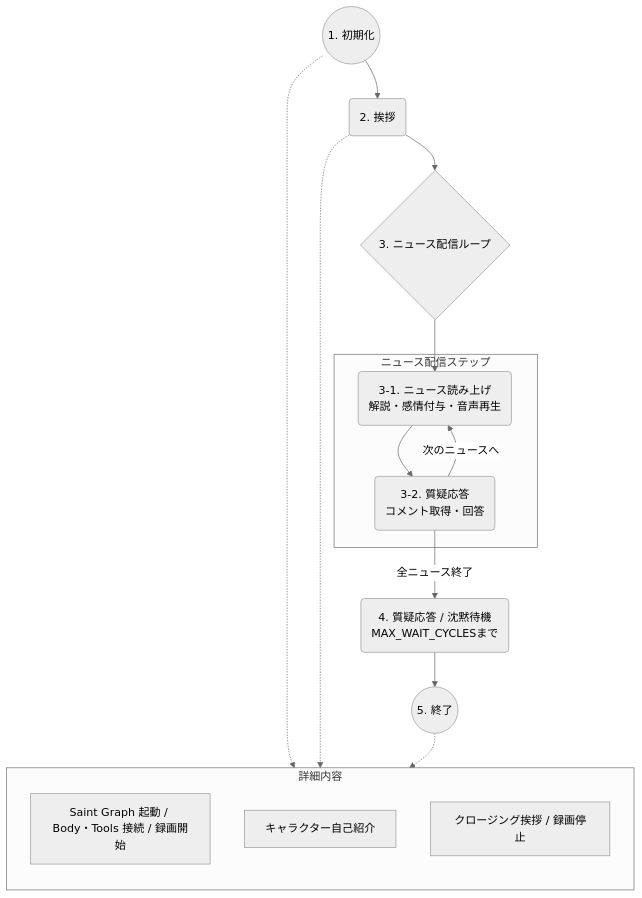
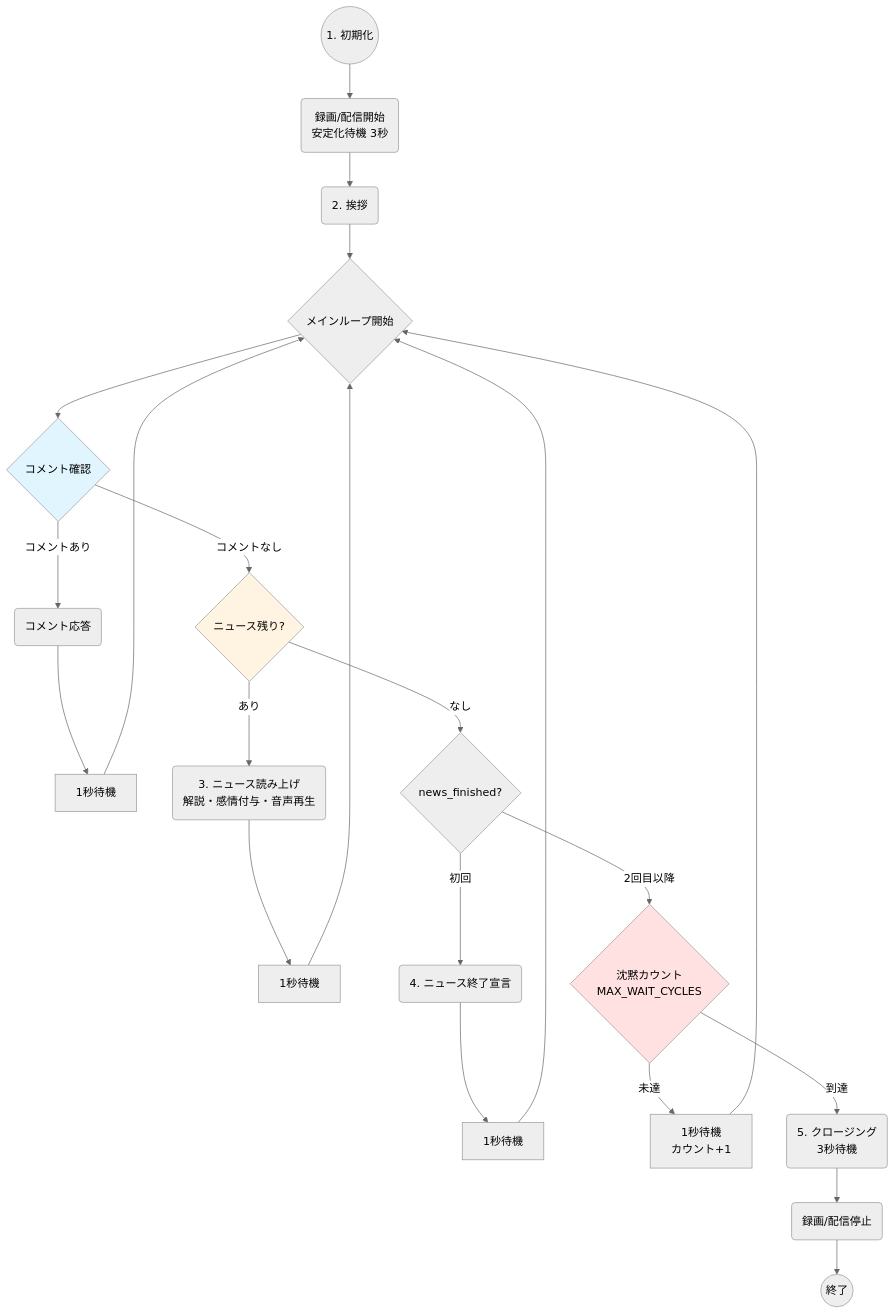
Before and after one commit to koduki/ai-tuber: the diagram in docs/architecture/data-flow.md, drawn with Mermaid (neutral theme).

Commit message:
modify diagram

````diff
--- a/docs/architecture/data-flow.md
+++ b/docs/architecture/data-flow.md
@@ -7,29 +7,32 @@
 ```mermaid
 graph TD
-    Start((1. 初期化)) --> Intro(2. 挨拶)
-    Intro --> LoopStart{3. ニュース配信ループ}
+    Start((1. 初期化)) --> Record(録画/配信開始<br/>安定化待機 3秒)
+    Record --> Intro(2. 挨拶)
+    Intro --> MainLoop{メインループ開始}
     
-    subgraph NewsLoop [ニュース配信ステップ]
-        Reading(3-1. ニュース読み上げ<br/>解説・感情付与・音声再生)
-        QA_InLoop(3-2. 質疑応答<br/>コメント取得・回答)
-        Reading --> QA_InLoop
-    end
+    MainLoop --> CheckComment{コメント確認}
+    CheckComment -- コメントあり --> Respond(コメント応答)
+    Respond --> Sleep1[1秒待機]
+    Sleep1 --> MainLoop
     
-    LoopStart --> Reading
-    QA_InLoop -- 次のニュースへ --> Reading
-    QA_InLoop -- 全ニュース終了 --> QA_Idle(4. 質疑応答 / 沈黙待機<br/>MAX_WAIT_CYCLESまで)
+    CheckComment -- コメントなし --> HasNews{ニュース残り?}
+    HasNews -- あり --> ReadNews(3. ニュース読み上げ<br/>解説・感情付与・音声再生)
+    ReadNews --> Sleep2[1秒待機]
+    Sleep2 --> MainLoop
     
-    QA_Idle --> End((5. 終了))
+    HasNews -- なし --> IsFinished{news_finished?}
+    IsFinished -- 初回 --> Finished(4. ニュース終了宣言)
+    Finished --> Sleep3[1秒待機]
+    Sleep3 --> MainLoop
+    
+    IsFinished -- 2回目以降 --> WaitCheck{沈黙カウント<br/>MAX_WAIT_CYCLES}
+    WaitCheck -- 未達 --> Sleep4[1秒待機<br/>カウント+1]
+    Sleep4 --> MainLoop
+    WaitCheck -- 到達 --> Closing(5. クロージング<br/>3秒待機)
+    Closing --> Stop(録画/配信停止)
+    Stop --> End((終了))
 
-    %% 注釈
-    subgraph Detail [詳細内容]
-        direction TB
-        D1[Saint Graph 起動 / Body・Tools 接続 / 録画開始]
-        D2[キャラクター自己紹介]
-        D3[クロージング挨拶 / 録画停止]
-    end
-
-    Start -.-> D1
-    Intro -.-> D2
-    End -.-> D3
+    style CheckComment fill:#e1f5ff
+    style HasNews fill:#fff4e1
+    style WaitCheck fill:#ffe1e1
 ```
````
